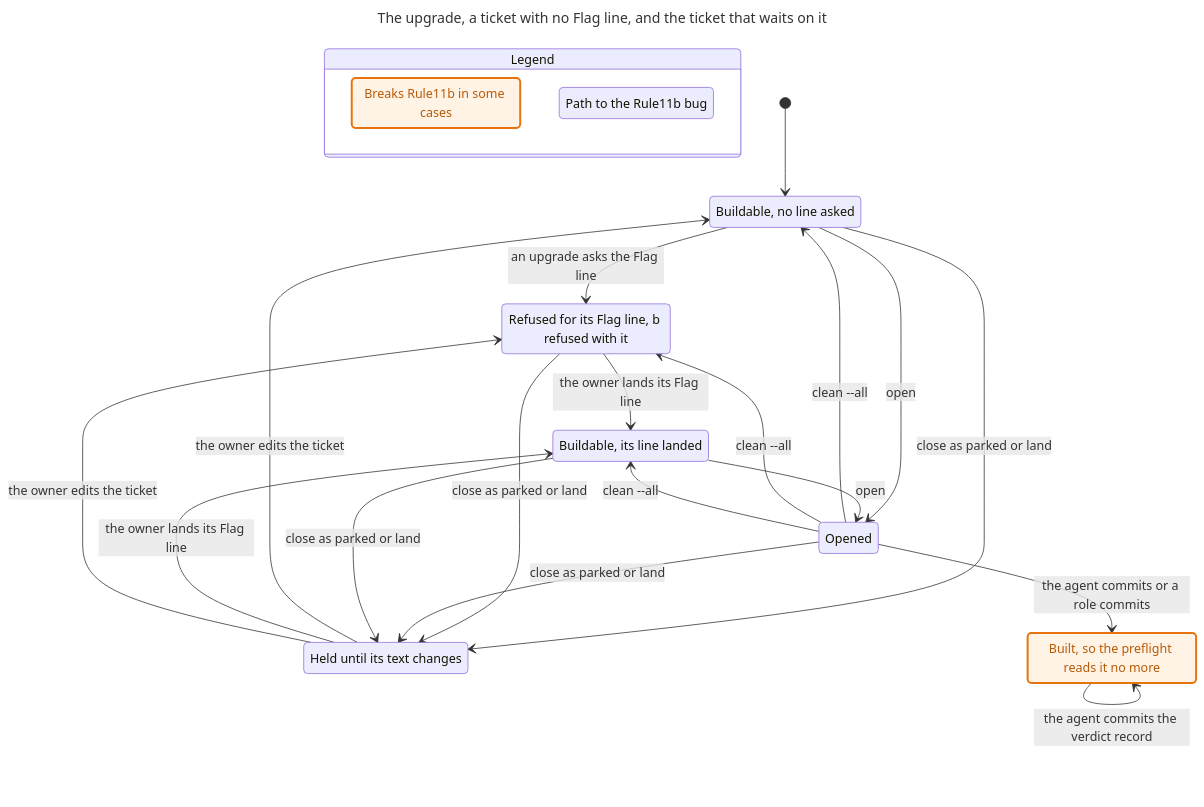
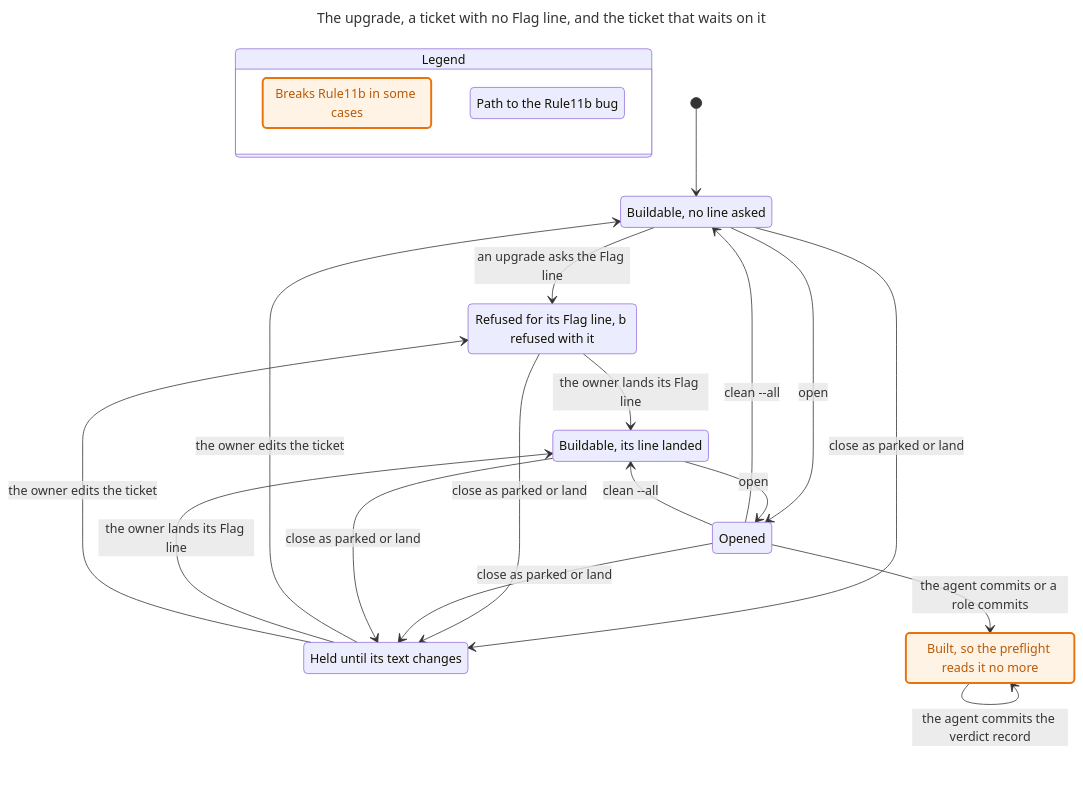
Before and after one commit to Simon-GitHub-Code/ratchet: the third of 11 diagrams in docs/model/drain.md, drawn with Mermaid. The commit also changed other lines of this file and 1 other file, not shown here.

````diff
--- a/docs/model/drain.md
+++ b/docs/model/drain.md
@@ -330,40 +330,39 @@
 ```mermaid
 ---
 title: "The upgrade, a ticket with no Flag line, and the ticket that waits on it"
 ---
 stateDiagram-v2
   state "Legend" as legend {
     lg0: Breaks Rule11b in some cases
     lg1: Path to the Rule11b bug
   }
   class lg0 mayBreak
   class lg1 bugPath
   s0: Buildable, no line asked
   s1: Refused for its Flag line, b refused with it
   s2: Opened
   s3: Held until its text changes
   s4: Buildable, its line landed
   s5: Built, so the preflight reads it no more
   [*] --> s0
   s0 --> s1: an upgrade asks the Flag line
   s0 --> s2: open
   s0 --> s3: close as parked or land
   s1 --> s4: the owner lands its Flag line
   s1 --> s3: close as parked or land
   s2 --> s0: clean --all
   s2 --> s3: close as parked or land
   s2 --> s5: the agent commits or a role commits
   s3 --> s0: the owner edits the ticket
   s4 --> s2: open
   s4 --> s3: close as parked or land
-  s2 --> s1: clean --all
   s3 --> s4: the owner lands its Flag line
   s3 --> s1: the owner edits the ticket
   s5 --> s5: the agent commits the verdict record
   s2 --> s4: clean --all
   classDef mayBreak fill:#fff3e6,stroke:#e8730c,stroke-width:2.5px,color:#b85a06
   class s0 bugPath
   class s2 bugPath
   class s5 mayBreak
   class s5 bugPath
 ```
````
